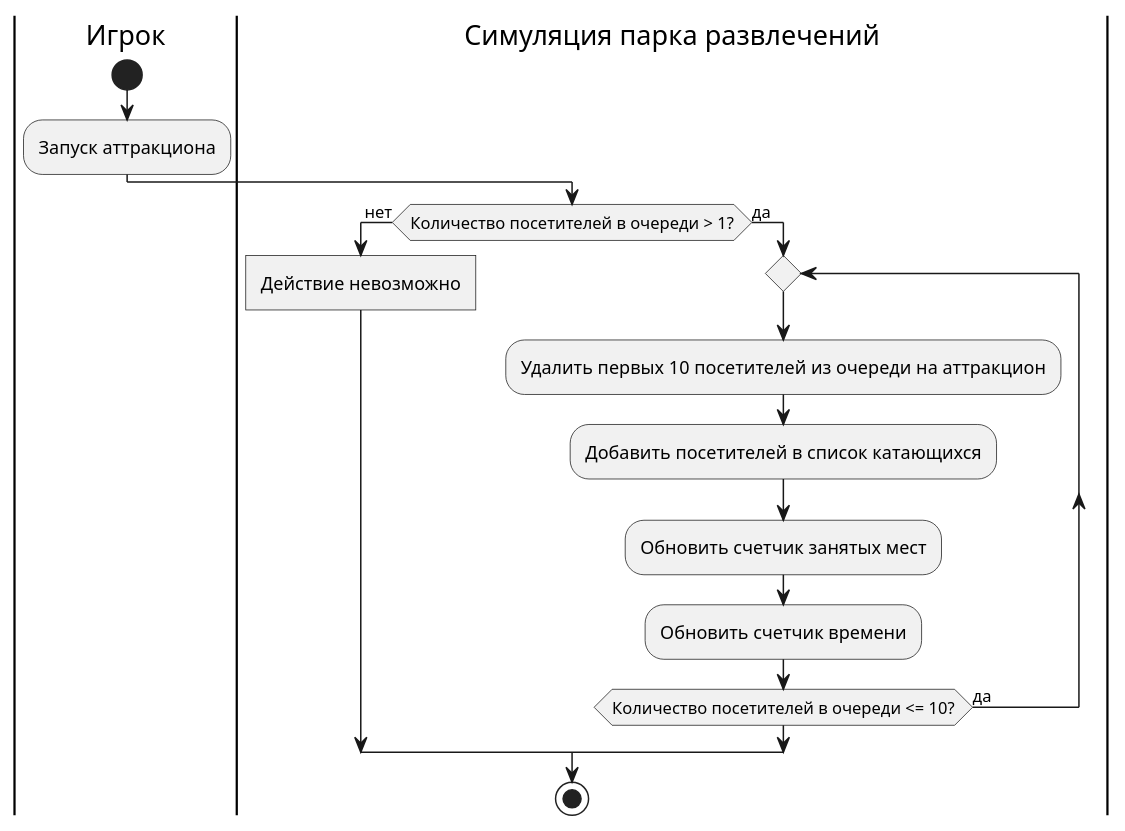
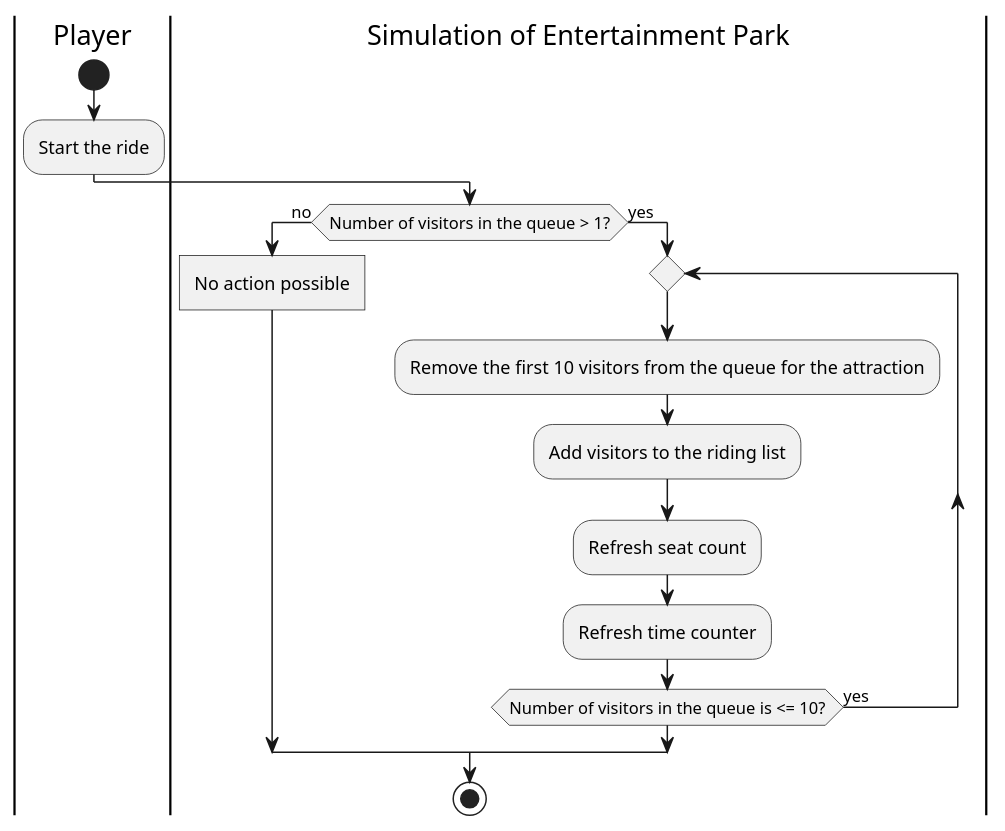
One commit to mzhirko/amusement-park changed the diagram in description/diagrams/diagrams-en/activity/turn-attraction-on-activity-diagram.wsd. Above: the diagram before and after it, drawn with PlantUML. The commit also changed 25 other files, not shown here.

Commit message:
Translate activity diagrams + render imgs

```diff
--- a/description/diagrams/diagrams-en/activity/turn-attraction-on-activity-diagram.wsd
+++ b/description/diagrams/diagrams-en/activity/turn-attraction-on-activity-diagram.wsd
@@ -1,18 +1,18 @@
 @startuml turn-attraction-on-activity-diagram
 skinparam ConditionEndStyle hline
-|Игрок|
+|Player|
 start
-:Запуск аттракциона;
-|Симуляция парка развлечений|
-if (Количество посетителей в очереди > 1?) then (нет)
-:Действие невозможно]
-else (да)
+:Start the ride;
+|Simulation of Entertainment Park|
+if (Number of visitors in the queue > 1?) then (no)
+:No action possible]
+else (yes)
 repeat
-:Удалить первых 10 посетителей из очереди на аттракцион;
-:Добавить посетителей в список катающихся;
-:Обновить счетчик занятых мест;
-:Обновить счетчик времени;
-repeat while (Количество посетителей в очереди <= 10?) is (да)
+:Remove the first 10 visitors from the queue for the attraction;
+:Add visitors to the riding list;
+:Refresh seat count;
+:Refresh time counter;
+repeat while (Number of visitors in the queue is <= 10?) is (yes)
 endif
 stop
 @enduml
```
